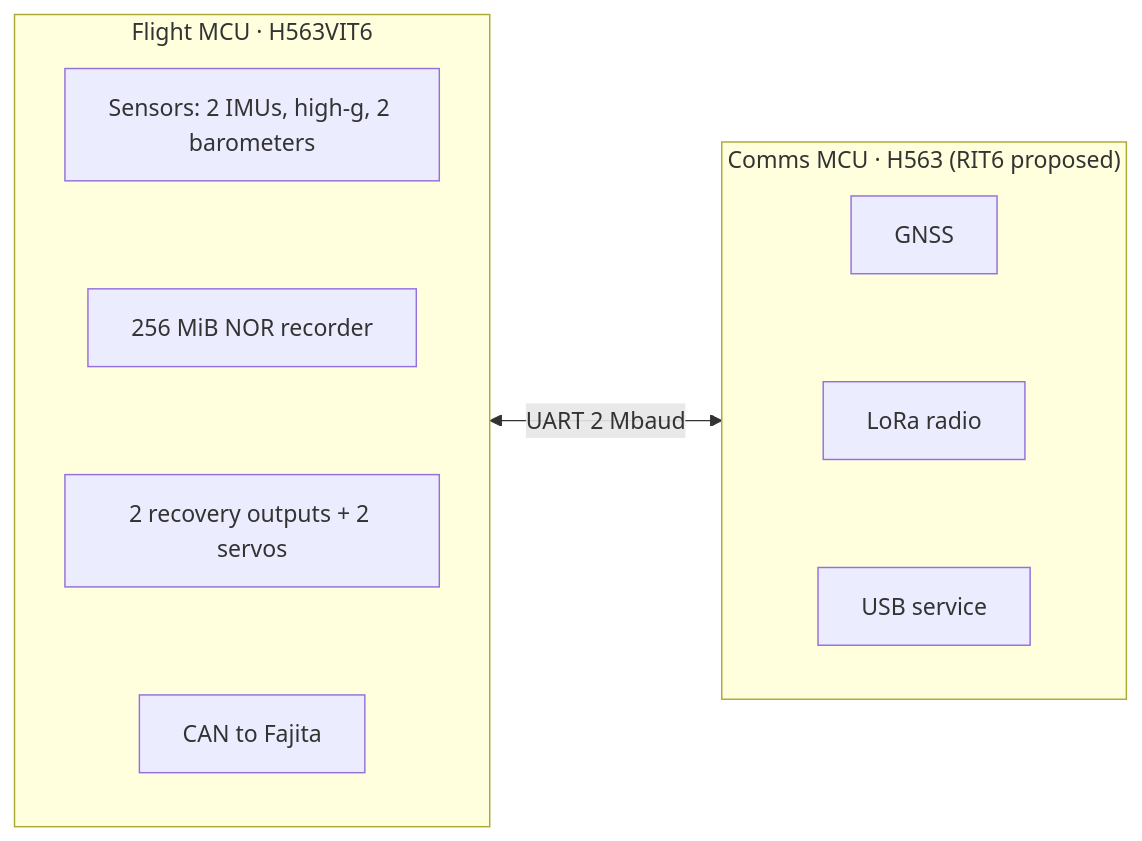
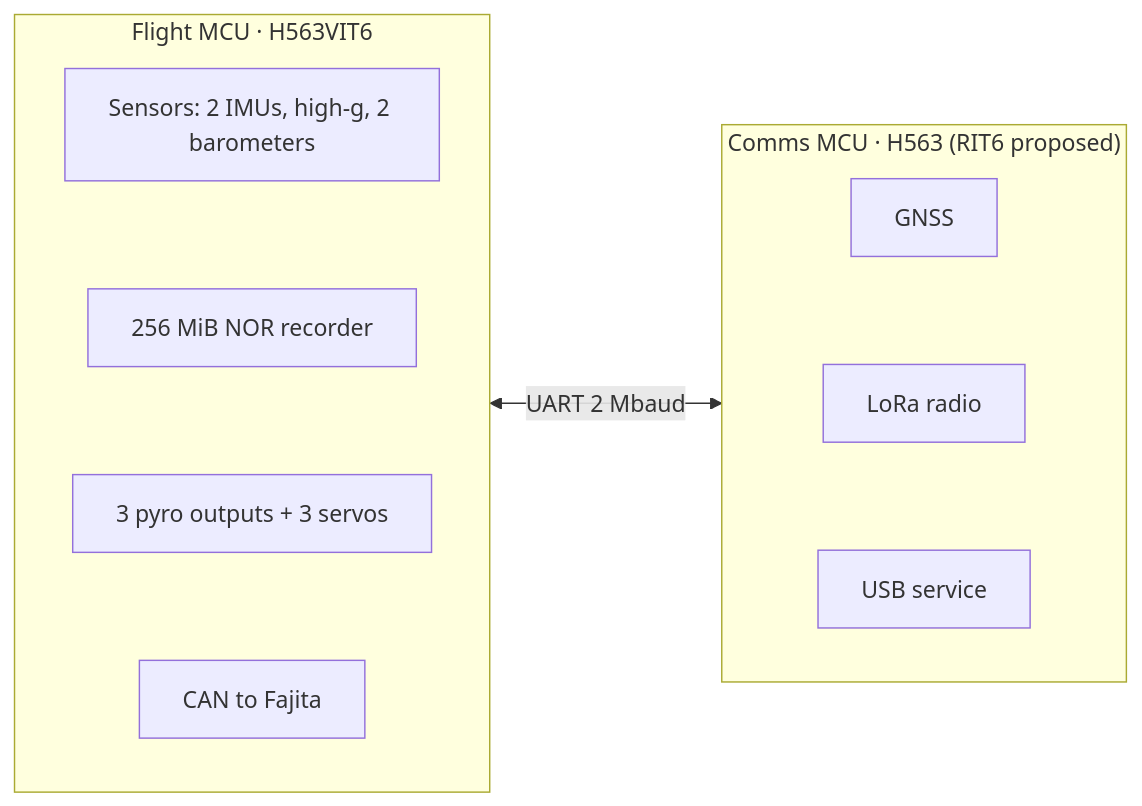
Before and after one commit to ULAS-HiPR/Ogma2: the second of 3 diagrams in docs/architecture/system-tour.md, drawn with Mermaid. The commit also changed other lines of this file and 14 other files, not shown here.

First line of the commit message:
Keep three pyro channels and three servos (D-7.1)

````diff
--- a/docs/architecture/system-tour.md
+++ b/docs/architecture/system-tour.md
@@ -53,19 +53,19 @@
 ```mermaid
 flowchart LR
   subgraph FLIGHT["Flight MCU · H563VIT6"]
     direction TB
     FS["Sensors: 2 IMUs, high-g, 2 barometers"]
     FN["256 MiB NOR recorder"]
-    FO["2 recovery outputs + 2 servos"]
+    FO["3 pyro outputs + 3 servos"]
     FC["CAN to Fajita"]
     FS ~~~ FN ~~~ FO ~~~ FC
   end
   subgraph COMMS["Comms MCU · H563 (RIT6 proposed)"]
     direction TB
     CG["GNSS"]
     CR["LoRa radio"]
     CU["USB service"]
     CG ~~~ CR ~~~ CU
   end
   FLIGHT <-->|"UART 2 Mbaud"| COMMS
 ```
````
